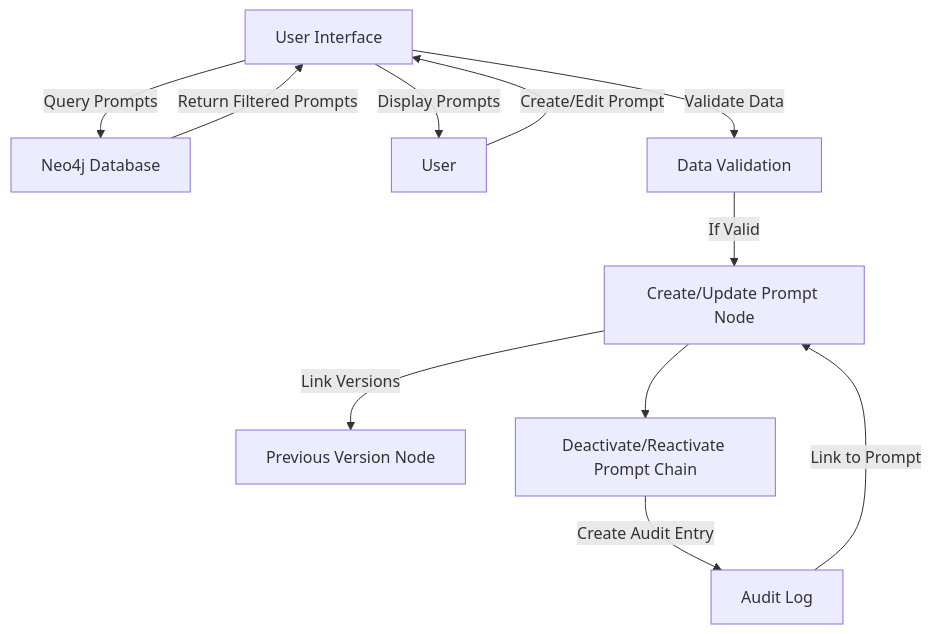
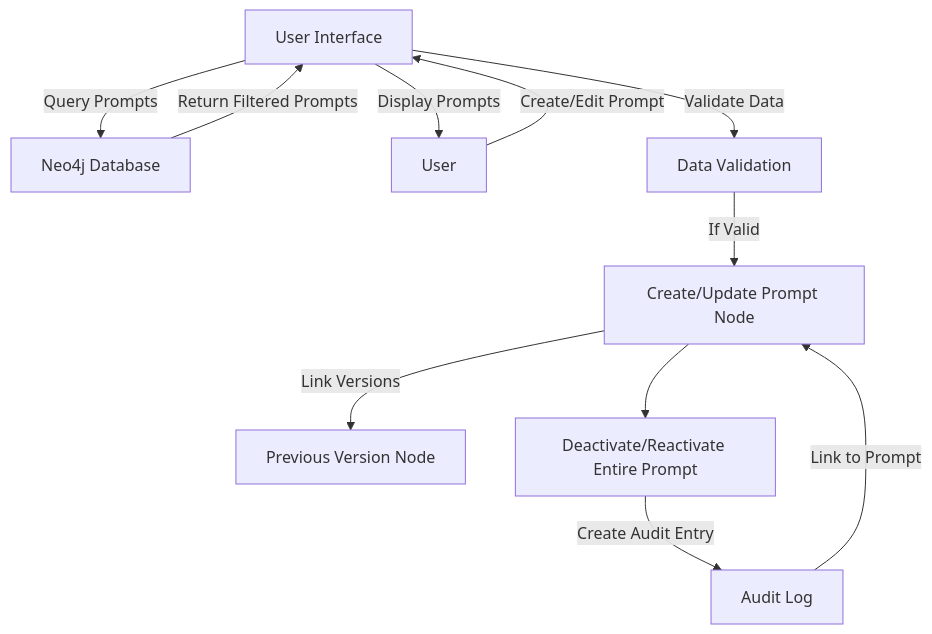
The diagram in docs/technical-details/prompt_manager.md (XMPro/Multi-Agent), drawn with Mermaid before and after one commit.

````diff
--- a/docs/technical-details/prompt_manager.md
+++ b/docs/technical-details/prompt_manager.md
@@ -183,13 +183,13 @@
 ```mermaid
 graph TD
     A[User Interface] -->|Query Prompts| B[Neo4j Database]
     B -->|Return Filtered Prompts| A
     A -->|Display Prompts| C[User]
     C -->|Create/Edit Prompt| A
     A -->|Validate Data| D[Data Validation]
     D -->|If Valid| E[Create/Update Prompt Node]
     E -->|Link Versions| F[Previous Version Node]
-    E --> G[Deactivate/Reactivate Prompt Chain]
+    E --> G[Deactivate/Reactivate Entire Prompt]
     G -->|Create Audit Entry| H[Audit Log]
     H -->|Link to Prompt| E
 ```
````
